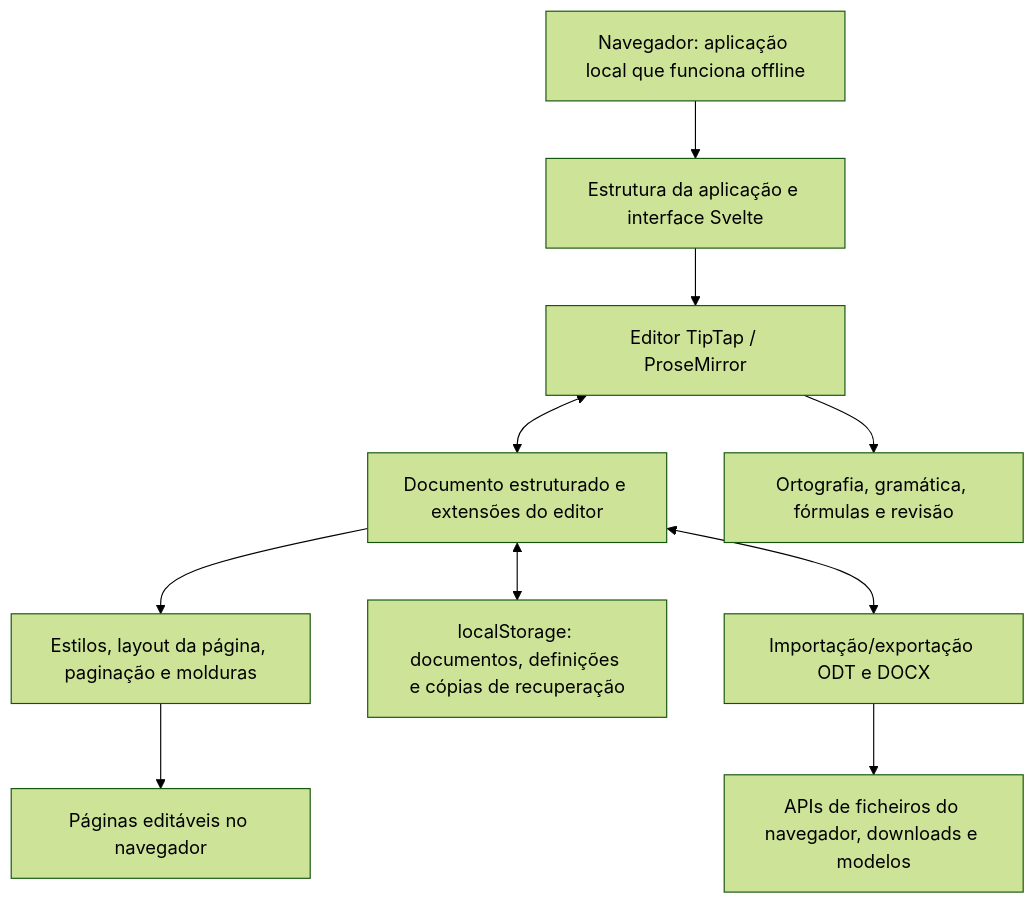
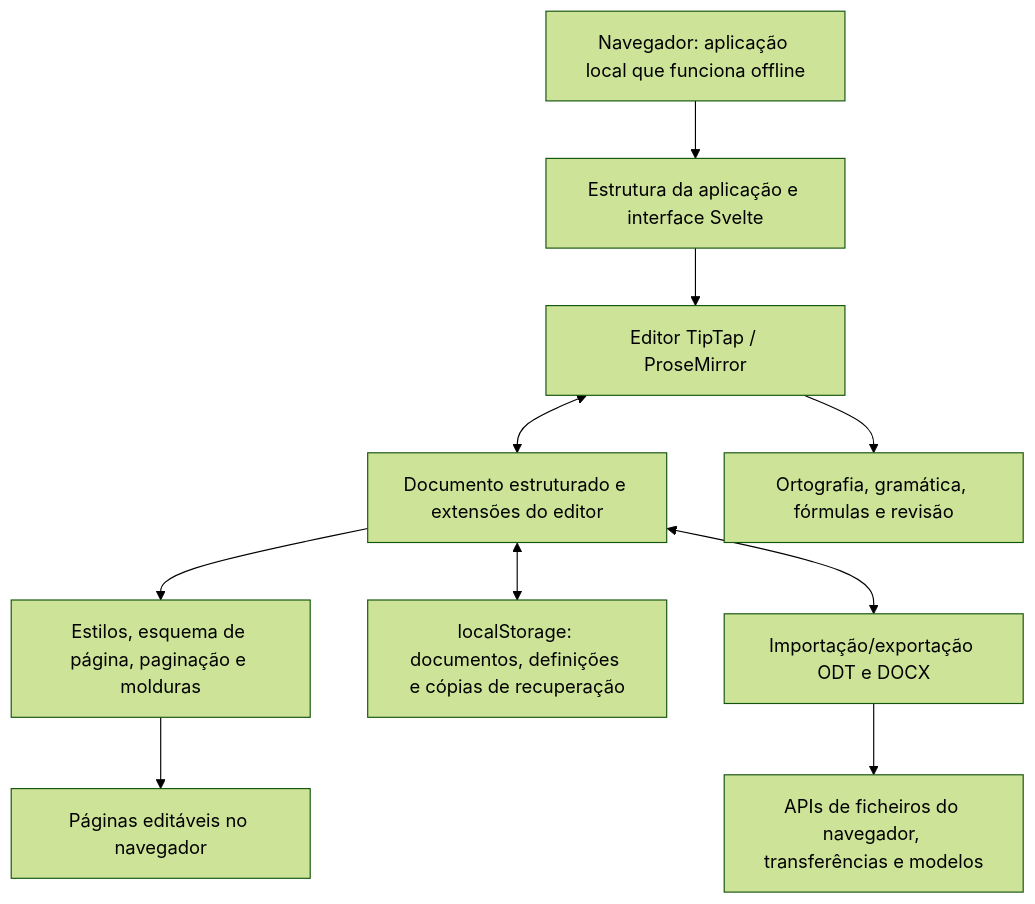
The diagram in docs/readme/README.pt.md (stffnb/edentext), drawn with Mermaid (forest theme) before and after one commit. The commit also changed other lines of this file and 21 other files, not shown here.

````diff
--- a/docs/readme/README.pt.md
+++ b/docs/readme/README.pt.md
@@ -182,12 +182,12 @@
 ```mermaid
 flowchart TD
   Browser[Navegador: aplicação local que funciona offline] --> App[Estrutura da aplicação e interface Svelte]
   App --> Editor[Editor TipTap / ProseMirror]
   Editor <--> Document[Documento estruturado e extensões do editor]
-  Document --> Layout[Estilos, layout da página, paginação e molduras]
+  Document --> Layout[Estilos, esquema de página, paginação e molduras]
   Document <--> Storage[localStorage: documentos, definições e cópias de recuperação]
   Document <--> Interchange[Importação/exportação ODT e DOCX]
-  Interchange --> Files[APIs de ficheiros do navegador, downloads e modelos]
+  Interchange --> Files[APIs de ficheiros do navegador, transferências e modelos]
   Editor --> Tools[Ortografia, gramática, fórmulas e revisão]
   Layout --> Render[Páginas editáveis no navegador]
 ```
````
